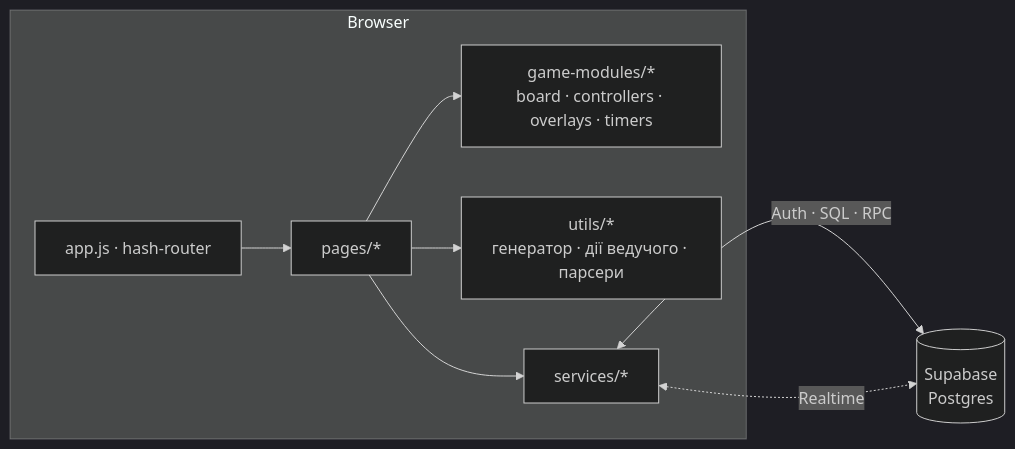
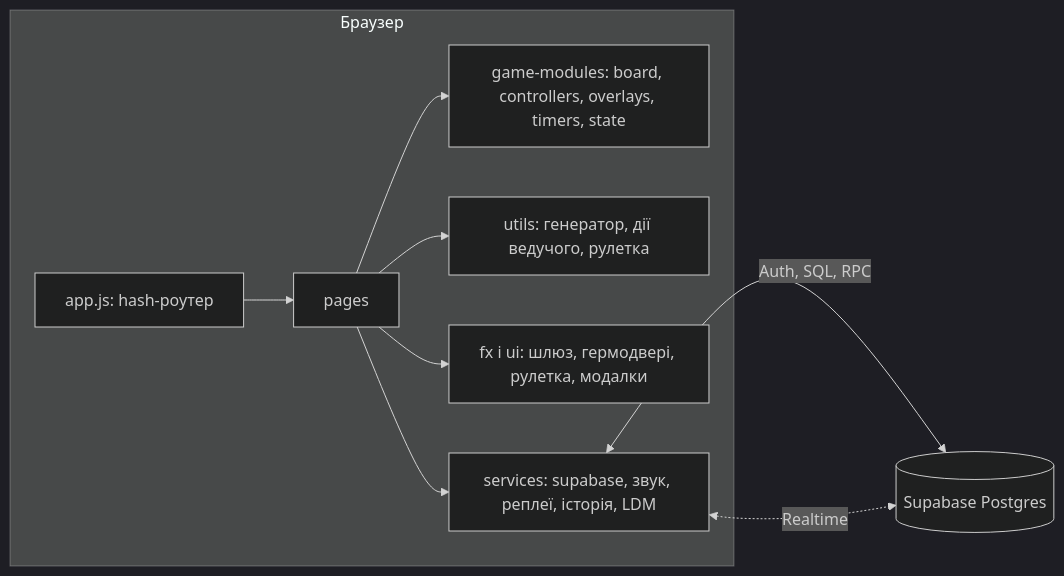
The second of 3 diagrams in README.md (CrissWen/Crisswen.github.io), drawn with Mermaid (dark theme) before and after one commit. The commit also changed other lines of this file and 3 other files, not shown here.

````diff
--- a/README.md
+++ b/README.md
@@ -114,11 +180,12 @@
 ```mermaid
 flowchart LR
-  subgraph Browser
-    R[app.js · hash-router] --> P[pages/*]
-    P --> GM[game-modules/*<br/>board · controllers · overlays · timers]
-    P --> U[utils/*<br/>генератор · дії ведучого · парсери]
-    P --> S[services/*]
+  subgraph Browser["Браузер"]
+    R["app.js: hash-роутер"] --> P["pages"]
+    P --> GM["game-modules: board, controllers, overlays, timers, state"]
+    P --> U["utils: генератор, дії ведучого, рулетка"]
+    P --> FX["fx і ui: шлюз, гермодвері, рулетка, модалки"]
+    P --> S["services: supabase, звук, реплеї, історія, LDM"]
   end
-  S <-->|Auth · SQL · RPC| DB[(Supabase<br/>Postgres)]
-  S <-.->|Realtime| DB
+  S <-->|"Auth, SQL, RPC"| DB[("Supabase Postgres")]
+  S <-.->|"Realtime"| DB
 ```
````
